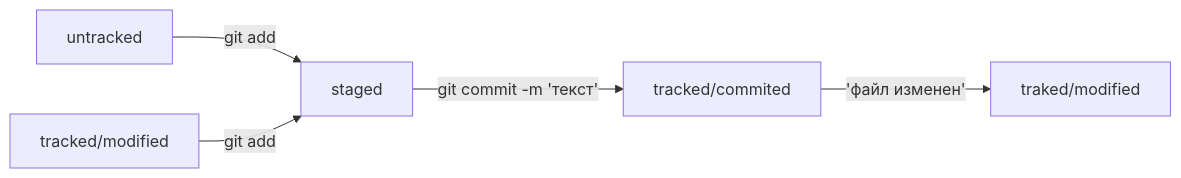
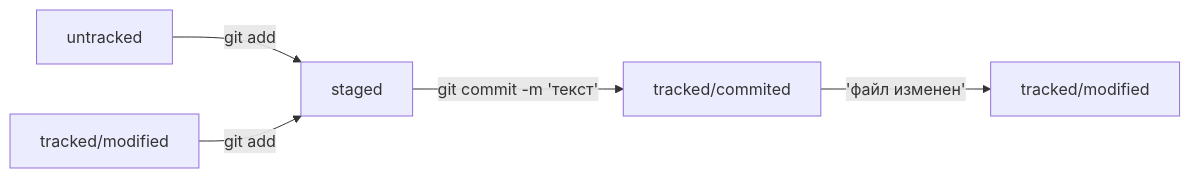
Before and after one commit to IgangdI/pr1: the diagram in README.md, drawn with Mermaid.

Commit message:
исправлена ошибка вывода диаграммы №3

````diff
--- a/README.md
+++ b/README.md
@@ -128,7 +128,7 @@
 ```mermaid
 graph LR;
   untracked -- "git add" --> staged;
   staged    -- "git commit -m 'текст'"     --> tracked/commited;
-  tracked/commited -- 'файл изменен' --> traked/modified;
+  tracked/commited -- 'файл изменен' --> traсked/modified;
   tracked/modified -- "git add" --> staged;
 ```
````
